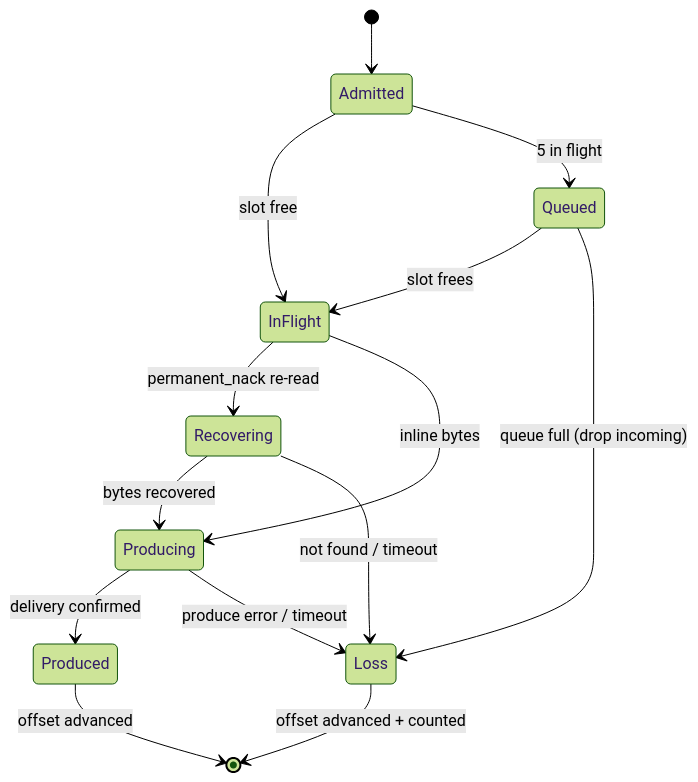
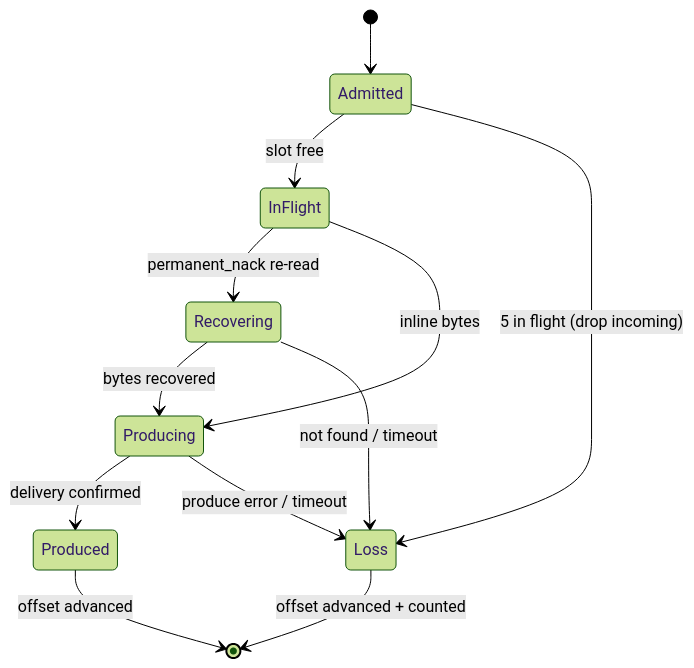
Before and after one commit to open-telemetry/otel-arrow: the seventh of 7 diagrams in rust/otap-dataflow/crates/contrib-nodes/src/receivers/kafka_receiver/ARCHITECTURE.md, drawn with Mermaid (forest theme). The commit also changed other lines of this file and 8 other files, not shown here.

````diff
--- a/rust/otap-dataflow/crates/contrib-nodes/src/receivers/kafka_receiver/ARCHITECTURE.md
+++ b/rust/otap-dataflow/crates/contrib-nodes/src/receivers/kafka_receiver/ARCHITECTURE.md
@@ -369,16 +366,14 @@
 ```mermaid
 stateDiagram-v2
     [*] --> Admitted
     Admitted --> InFlight: slot free
-    Admitted --> Queued: 5 in flight
-    Queued --> InFlight: slot frees
-    Queued --> Loss: queue full (drop incoming)
+    Admitted --> Loss: 5 in flight (drop incoming)
     InFlight --> Recovering: permanent_nack re-read
     InFlight --> Producing: inline bytes
     Recovering --> Producing: bytes recovered
     Recovering --> Loss: not found / timeout
     Producing --> Produced: delivery confirmed
     Producing --> Loss: produce error / timeout
     Produced --> [*]: offset advanced
     Loss --> [*]: offset advanced + counted
 ```
````
